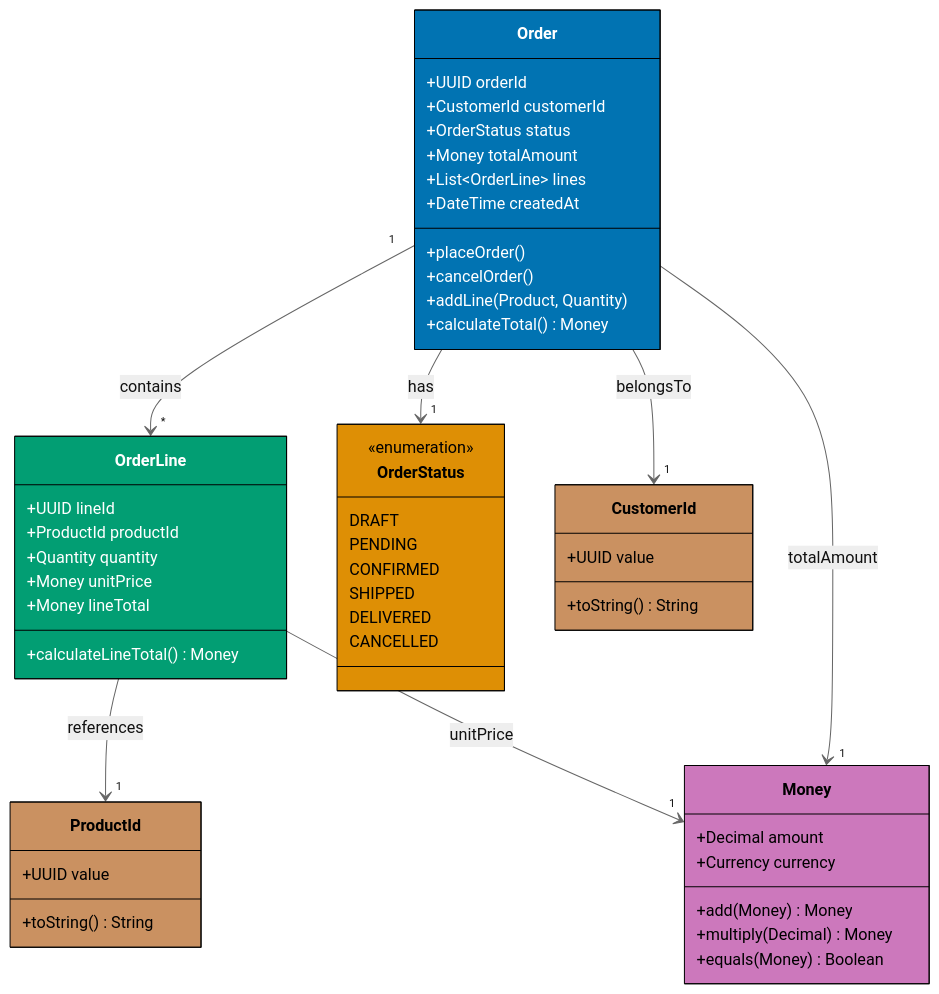
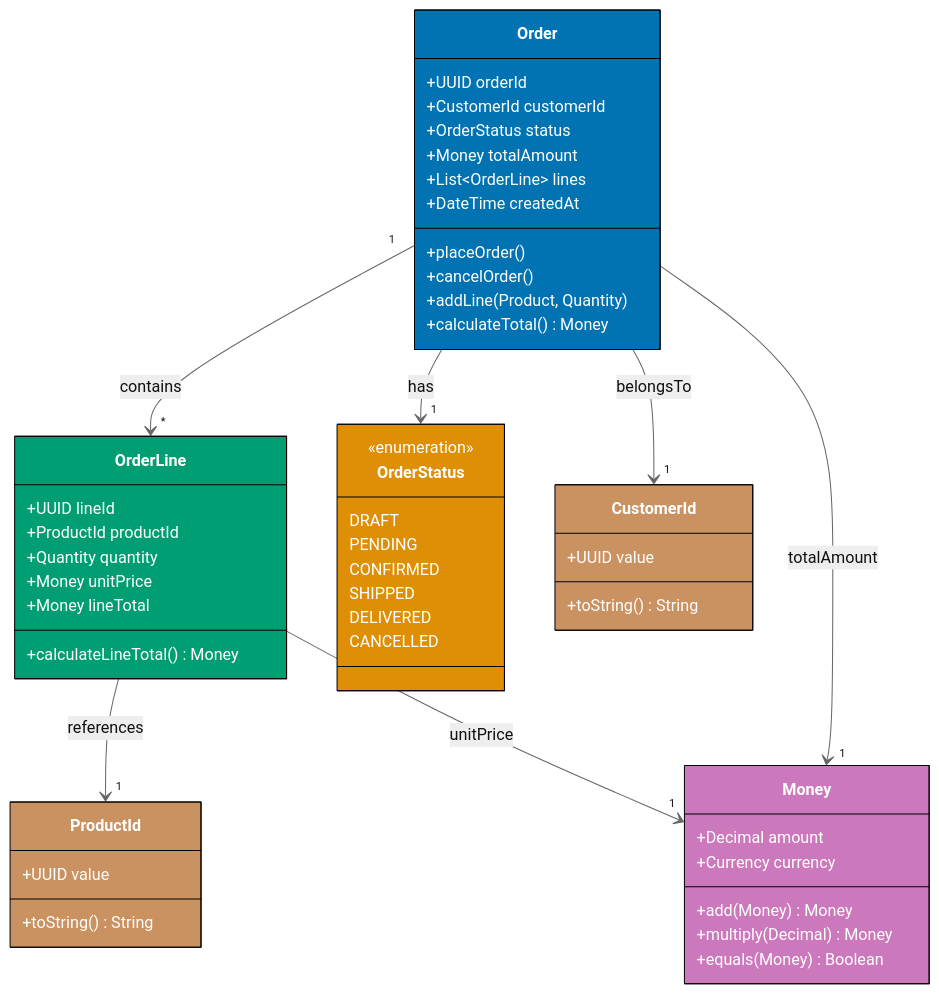
One commit to wahidyankf/open-sharia-enterprise changed the first of 24 diagrams in apps/ayokoding-web/content/en/learn/software-engineering/architecture/c4-architecture-model/by-example/advanced.md. Above: the diagram before and after it, drawn with Mermaid (neutral theme). The commit also changed other lines of this file and 61 other files, not shown here.

First line of the commit message:
fix(ayokoding-web): quote Mermaid node labels with special characters in Example 63

````diff
--- a/apps/ayokoding-web/content/en/learn/software-engineering/architecture/c4-architecture-model/by-example/advanced.md
+++ b/apps/ayokoding-web/content/en/learn/software-engineering/architecture/c4-architecture-model/by-example/advanced.md
@@ -18,66 +18,66 @@
 ```mermaid
 classDiagram
     class Order {
         +UUID orderId
         +CustomerId customerId
         +OrderStatus status
         +Money totalAmount
         +List~OrderLine~ lines
         +DateTime createdAt
         +placeOrder()
         +cancelOrder()
         +addLine(Product, Quantity)
         +calculateTotal() Money
     }
 
     class OrderLine {
         +UUID lineId
         +ProductId productId
         +Quantity quantity
         +Money unitPrice
         +Money lineTotal
         +calculateLineTotal() Money
     }
 
     class OrderStatus {
         <<enumeration>>
         DRAFT
         PENDING
         CONFIRMED
         SHIPPED
         DELIVERED
         CANCELLED
     }
 
     class Money {
         +Decimal amount
         +Currency currency
         +add(Money) Money
         +multiply(Decimal) Money
         +equals(Money) Boolean
     }
 
     class CustomerId {
         +UUID value
         +toString() String
     }
 
     class ProductId {
         +UUID value
         +toString() String
     }
 
     Order "1" --> "*" OrderLine : contains
     Order --> "1" OrderStatus : has
     Order --> "1" CustomerId : belongsTo
     OrderLine --> "1" ProductId : references
     OrderLine --> "1" Money : unitPrice
     Order --> "1" Money : totalAmount
 
     style Order fill:#0173B2,stroke:#000,color:#fff
     style OrderLine fill:#029E73,stroke:#000,color:#fff
-    style OrderStatus fill:#DE8F05,stroke:#000,color:#000
-    style Money fill:#CC78BC,stroke:#000,color:#000
-    style CustomerId fill:#CA9161,stroke:#000,color:#000
-    style ProductId fill:#CA9161,stroke:#000,color:#000
+    style OrderStatus fill:#DE8F05,stroke:#000,color:#fff
+    style Money fill:#CC78BC,stroke:#000,color:#fff
+    style CustomerId fill:#CA9161,stroke:#000,color:#fff
+    style ProductId fill:#CA9161,stroke:#000,color:#fff
 ```
````
